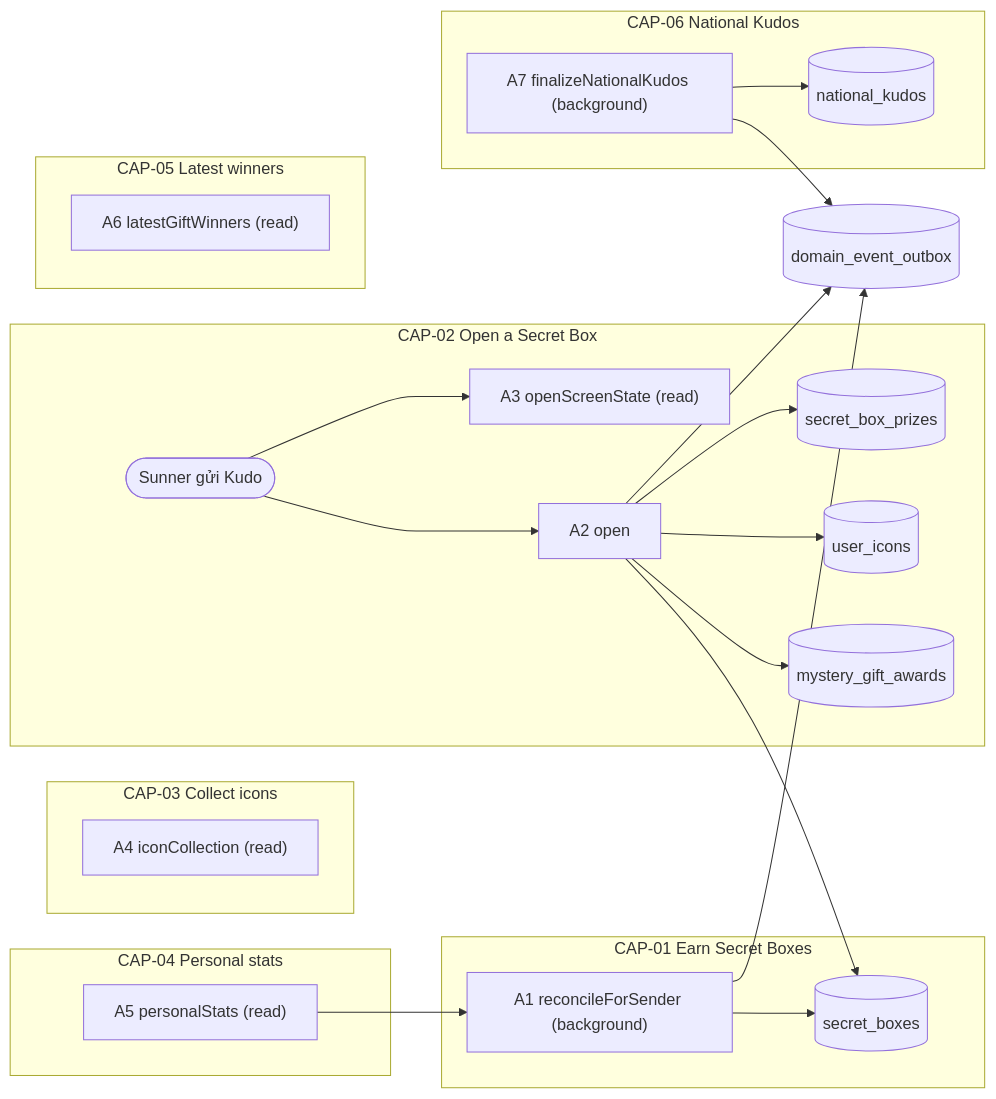
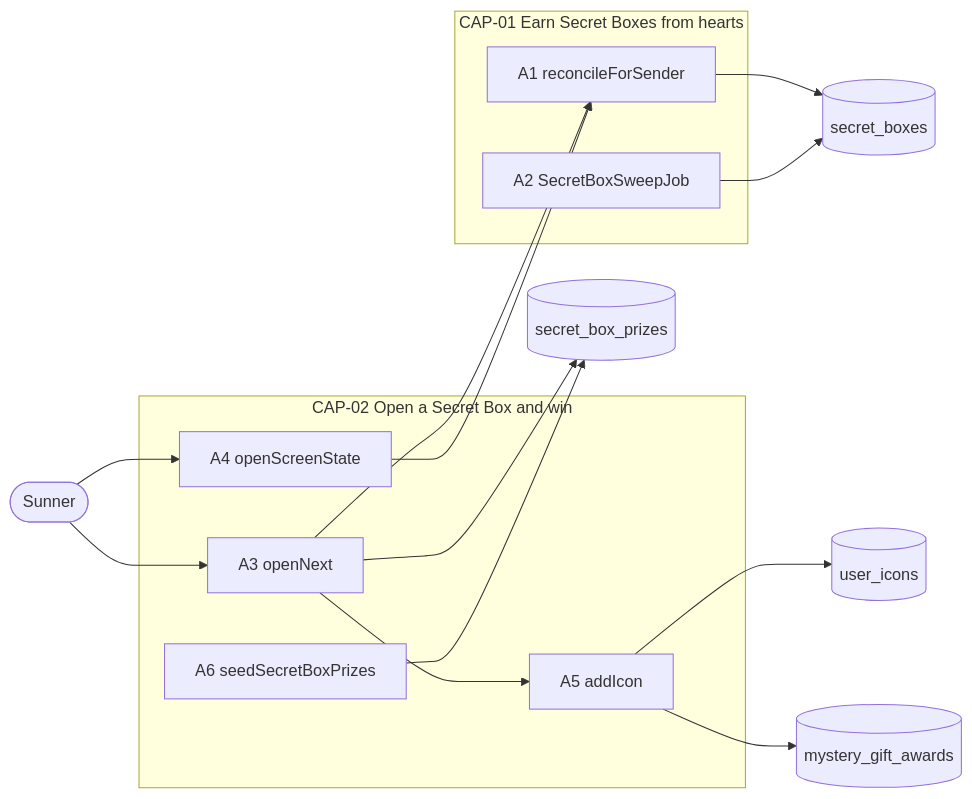
The first of 11 diagrams in docs/features/F010_SecretBoxRewards/technical-spec.md (hailv-3571/agentic-coding-hands-on), drawn with Mermaid before and after one commit. The commit also changed other lines of this file and 152 other files, not shown here.

````diff
--- a/docs/features/F010_SecretBoxRewards/technical-spec.md
+++ b/docs/features/F010_SecretBoxRewards/technical-spec.md
@@ -23,30 +23,25 @@
 ```mermaid
 flowchart LR
-    subgraph CAP01["CAP-01 Earn Secret Boxes"]
-        A1["A1 reconcileForSender (background)"] --> T1[("secret_boxes")]
+    U([Sunner])
+    subgraph CAP01["CAP-01 Earn Secret Boxes from hearts"]
+        A1["A1 reconcileForSender"]
+        A2["A2 SecretBoxSweepJob"]
     end
-    subgraph CAP02["CAP-02 Open a Secret Box"]
-        U1([Sunner gửi Kudo]) --> A3["A3 openScreenState (read)"]
-        U1 --> A2["A2 open"]
-        A2 --> T1
-        A2 --> T2[("secret_box_prizes")]
-        A2 --> T3[("user_icons")]
-        A2 --> T4[("mystery_gift_awards")]
+    subgraph CAP02["CAP-02 Open a Secret Box and win"]
+        A3["A3 openNext"]
+        A4["A4 openScreenState"]
+        A5["A5 addIcon"]
+        A6["A6 seedSecretBoxPrizes"]
     end
-    subgraph CAP03["CAP-03 Collect icons"]
-        A4["A4 iconCollection (read)"]
-    end
-    subgraph CAP04["CAP-04 Personal stats"]
-        A5["A5 personalStats (read)"]
-    end
-    subgraph CAP05["CAP-05 Latest winners"]
-        A6["A6 latestGiftWinners (read)"]
-    end
-    subgraph CAP06["CAP-06 National Kudos"]
-        A7["A7 finalizeNationalKudos (background)"] --> T5[("national_kudos")]
-    end
-    A5 --> A1
-    A1 --> T6[("domain_event_outbox")]
-    A2 --> T6
-    A7 --> T6
+    U --> A3
+    U --> A4
+    A3 --> A1
+    A4 --> A1
+    A3 --> A5
+    A1 --> T1[("secret_boxes")]
+    A2 --> T1
+    A3 --> T2[("secret_box_prizes")]
+    A6 --> T2
+    A5 --> T3[("user_icons")]
+    A5 --> T4[("mystery_gift_awards")]
 ```
````
